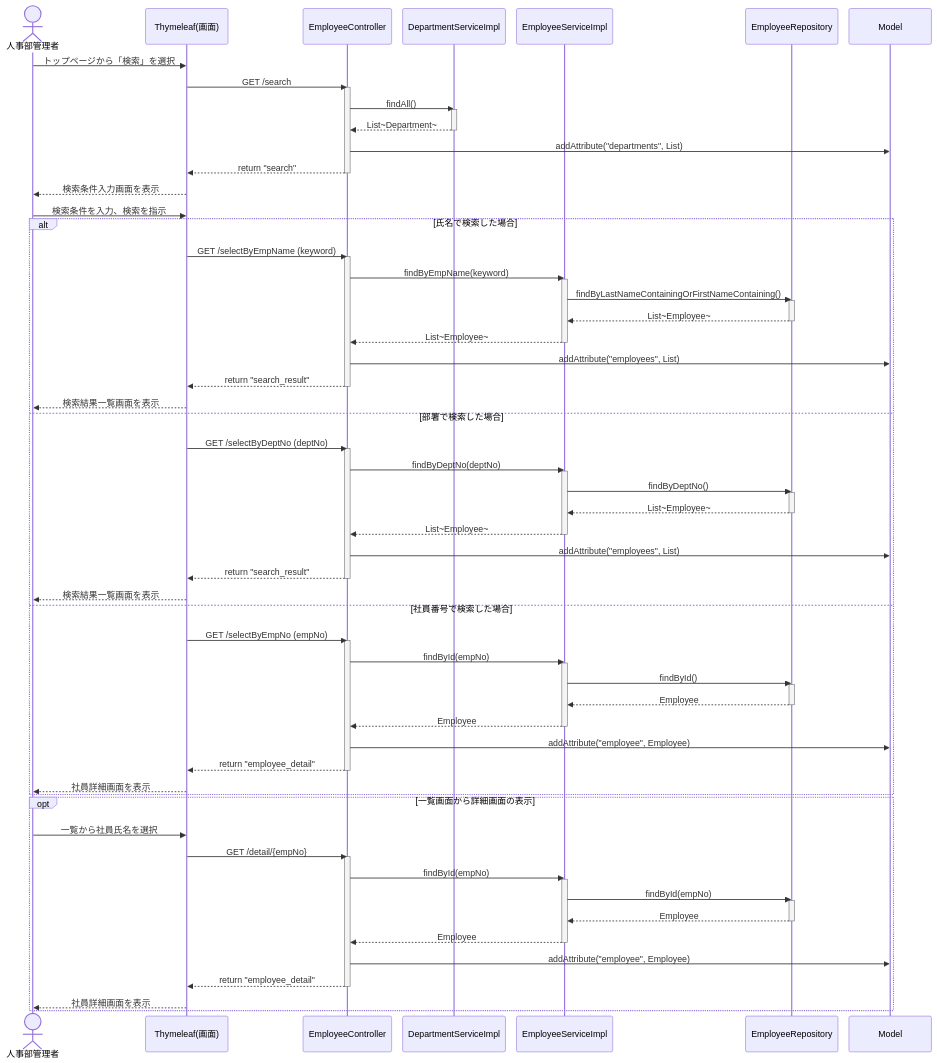
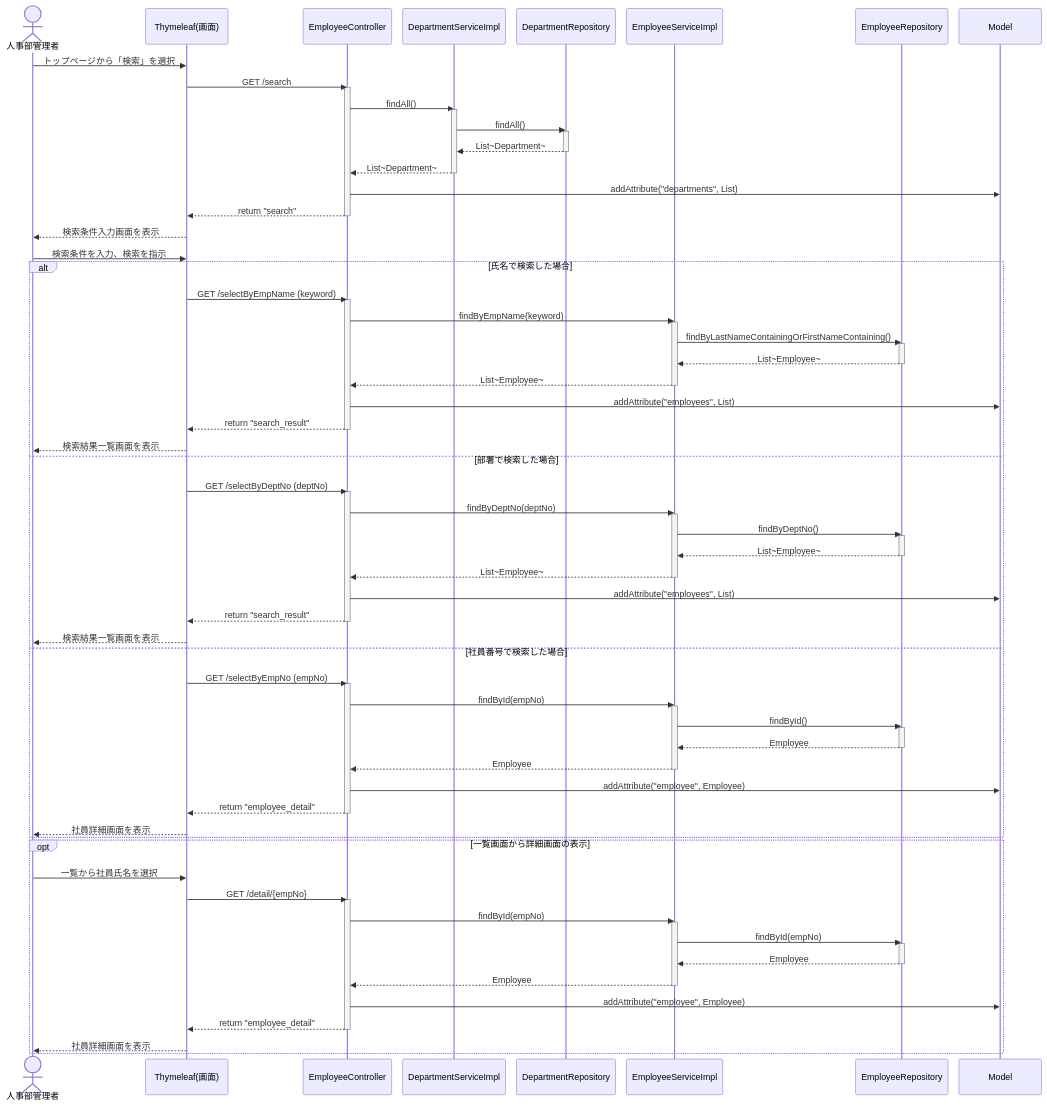
Before and after one commit to juyeongjung1/NewEIMS: diagram 22 of 25 in EIMS_Comprehensive_Exercise_Guide.md, drawn with Mermaid. The commit also changed other lines of this file and 1 other file, not shown here.

```diff
--- a/EIMS_Comprehensive_Exercise_Guide.md
+++ b/EIMS_Comprehensive_Exercise_Guide.md
@@ -1604,6 +1737,7 @@
     participant View as Thymeleaf(画面)
     participant Ctrl as EmployeeController
     participant DSvc as DepartmentServiceImpl
+    participant DRep as DepartmentRepository
     participant Svc as EmployeeServiceImpl
     participant Rep as EmployeeRepository
     participant Model as Model
@@ -1613,15 +1747,19 @@
     activate Ctrl
     Ctrl ->> DSvc: findAll()
     activate DSvc
+    DSvc ->> DRep: findAll()
+    activate DRep
+    DRep -->> DSvc: List~Department~
+    deactivate DRep
     DSvc -->> Ctrl: List~Department~
     deactivate DSvc
     Ctrl ->> Model: addAttribute("departments", List)
     Ctrl -->> View: return "search"
     deactivate Ctrl
     View -->> Admin: 検索条件入力画面を表示
-    
+  
     Admin ->> View: 検索条件を入力、検索を指示
-    
+  
     alt 氏名で検索した場合
         View ->> Ctrl: GET /selectByEmpName (keyword)
         activate Ctrl
@@ -1637,7 +1775,7 @@
         Ctrl -->> View: return "search_result"
         deactivate Ctrl
         View -->> Admin: 検索結果一覧画面を表示
-        
+      
     else 部署で検索した場合
         View ->> Ctrl: GET /selectByDeptNo (deptNo)
         activate Ctrl
@@ -1653,7 +1791,7 @@
         Ctrl -->> View: return "search_result"
         deactivate Ctrl
         View -->> Admin: 検索結果一覧画面を表示
-        
+      
     else 社員番号で検索した場合
         View ->> Ctrl: GET /selectByEmpNo (empNo)
         activate Ctrl
@@ -1670,7 +1808,7 @@
         deactivate Ctrl
         View -->> Admin: 社員詳細画面を表示
     end
-    
+  
     opt 一覧画面から詳細画面の表示
         Admin ->> View: 一覧から社員氏名を選択
         View ->> Ctrl: GET /detail/{empNo}
```
